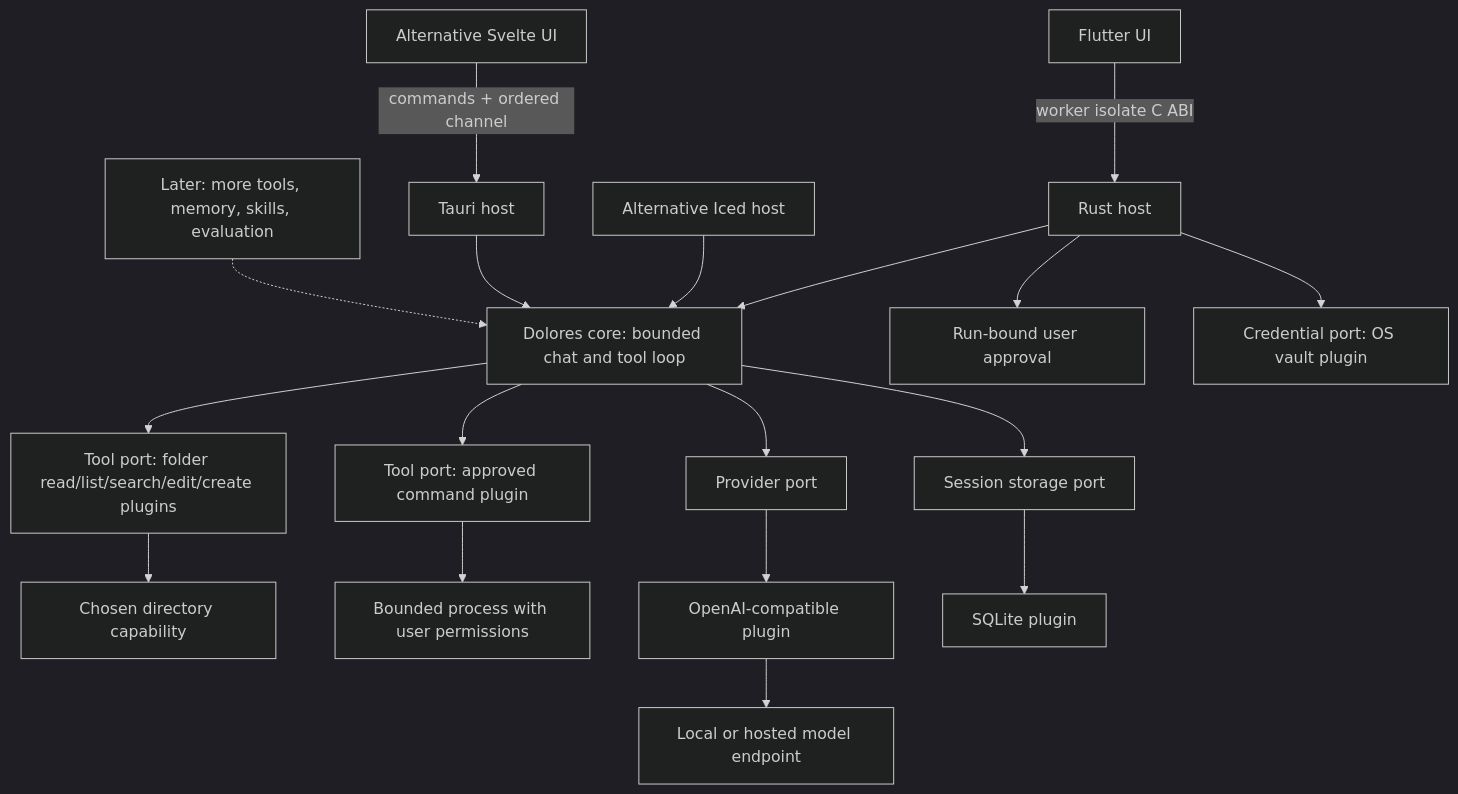
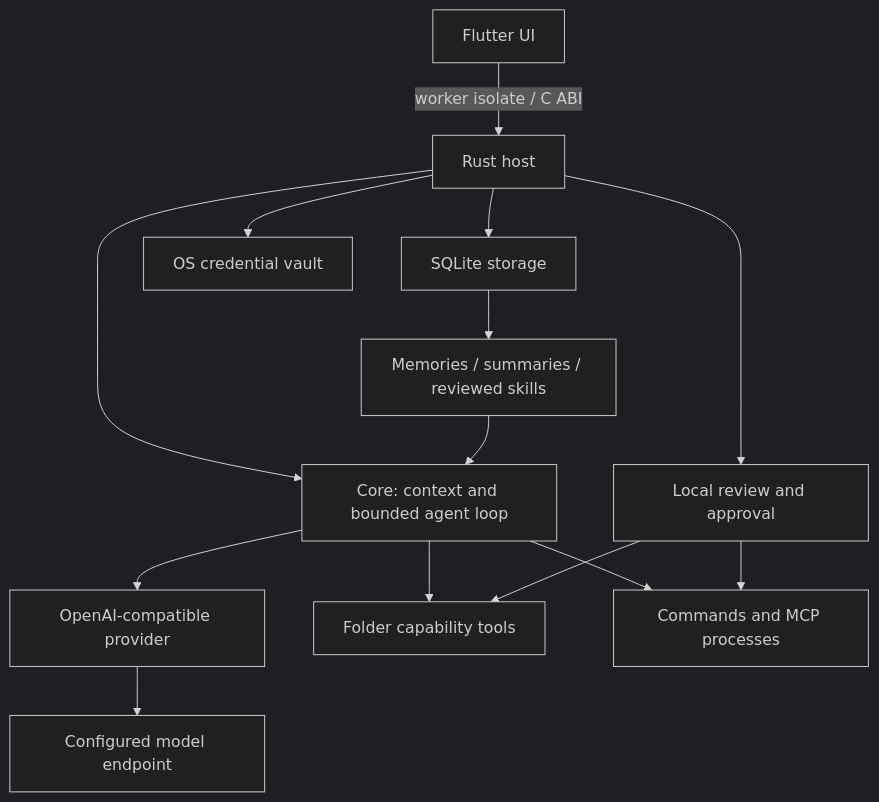
Before and after one commit to J-ZhengLi/Dolores: the diagram in docs/ARCHITECTURE.md, drawn with Mermaid (dark theme). The commit also changed other lines of this file and 17 other files, not shown here.

````diff
--- a/docs/ARCHITECTURE.md
+++ b/docs/ARCHITECTURE.md
@@ -47,20 +19,16 @@
 ```mermaid
 flowchart TB
-  Flutter[Flutter UI] -->|worker isolate C ABI| Bridge[Rust host]
-  Bridge --> Core[Dolores core: bounded chat and tool loop]
-  Bridge --> Approval[Run-bound user approval]
-  Core --> Tools[Tool port: folder read/list/search/edit/create plugins]
-  Tools --> Folder[Chosen directory capability]
-  Core --> Command[Tool port: approved command plugin]
-  Command --> Process[Bounded process with user permissions]
-  Bridge --> Credentials[Credential port: OS vault plugin]
-  Native[Alternative Iced host] --> Core
-  UI[Alternative Svelte UI] -->|commands + ordered channel| Host[Tauri host]
-  Host --> Core
-  Core --> Provider[Provider port]
-  Core --> Store[Session storage port]
-  Provider --> Compatible[OpenAI-compatible plugin]
-  Store --> SQLite[SQLite plugin]
-  Compatible --> Model[Local or hosted model endpoint]
-  Future[Later: more tools, memory, skills, evaluation] -.-> Core
+  UI[Flutter UI] -->|worker isolate / C ABI| Host[Rust host]
+  Host --> Core[Core: context and bounded agent loop]
+  Host --> Review[Local review and approval]
+  Core --> Provider[OpenAI-compatible provider]
+  Provider --> Model[Configured model endpoint]
+  Host --> Store[SQLite storage]
+  Host --> Vault[OS credential vault]
+  Core --> Files[Folder capability tools]
+  Core --> Commands[Commands and MCP processes]
+  Review --> Files
+  Review --> Commands
+  Store --> Context[Memories / summaries / reviewed skills]
+  Context --> Core
 ```
````
